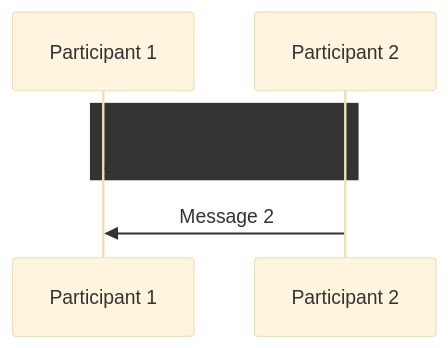
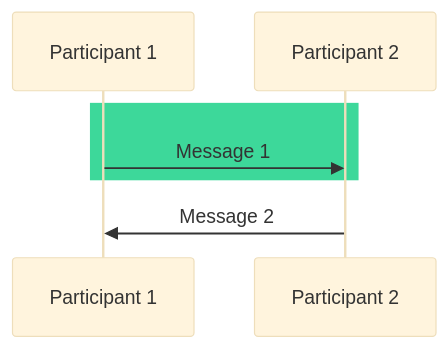
Before and after one commit to lcov29/knowledgeBase: diagram 16 of 16 in Tools/mermaid/mermaidDiagramSyntax/mermaidSequenceDiagram.md, drawn with Mermaid (base theme). The commit also changed other lines of this file, not shown here.

````diff
--- a/Tools/mermaid/mermaidDiagramSyntax/mermaidSequenceDiagram.md
+++ b/Tools/mermaid/mermaidDiagramSyntax/mermaidSequenceDiagram.md
@@ -605,9 +605,9 @@
 ```mermaid
 sequenceDiagram
     participant A as Participant 1
     participant B as Participant 2
-    rect reg(61, 216, 154)
+    rect rgb(61, 216, 154)
         A ->> B: Message 1
     end
     B ->> A: Message 2
 ```
````
